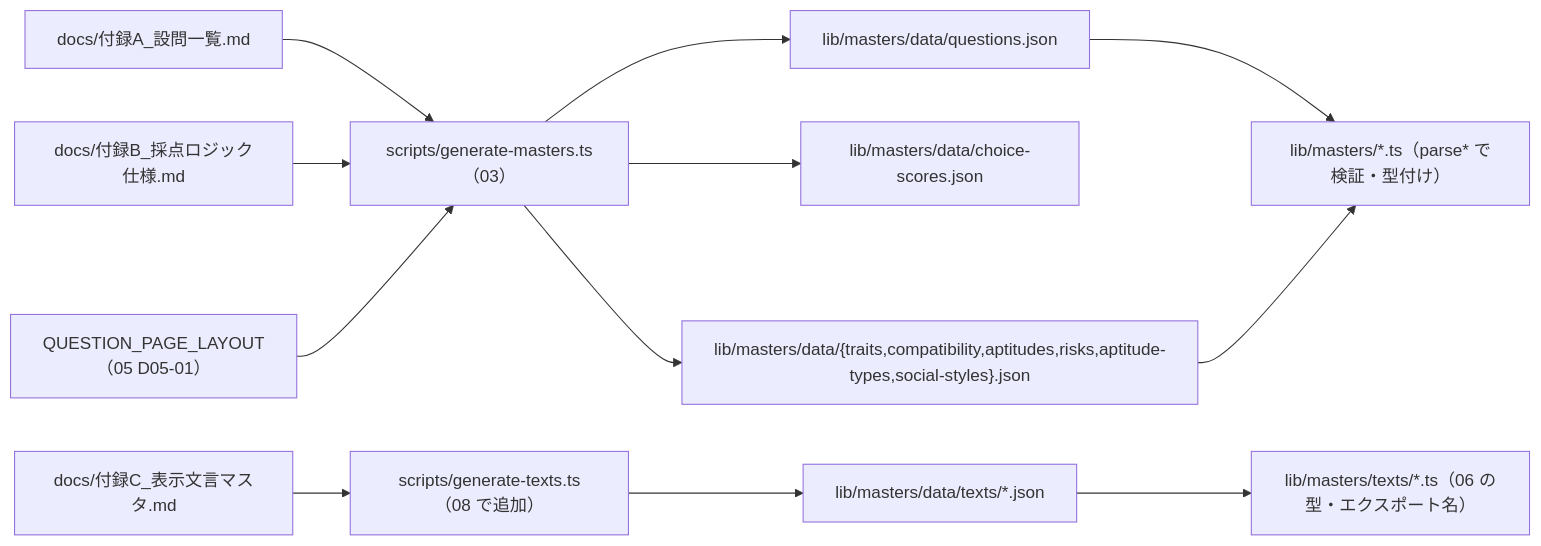
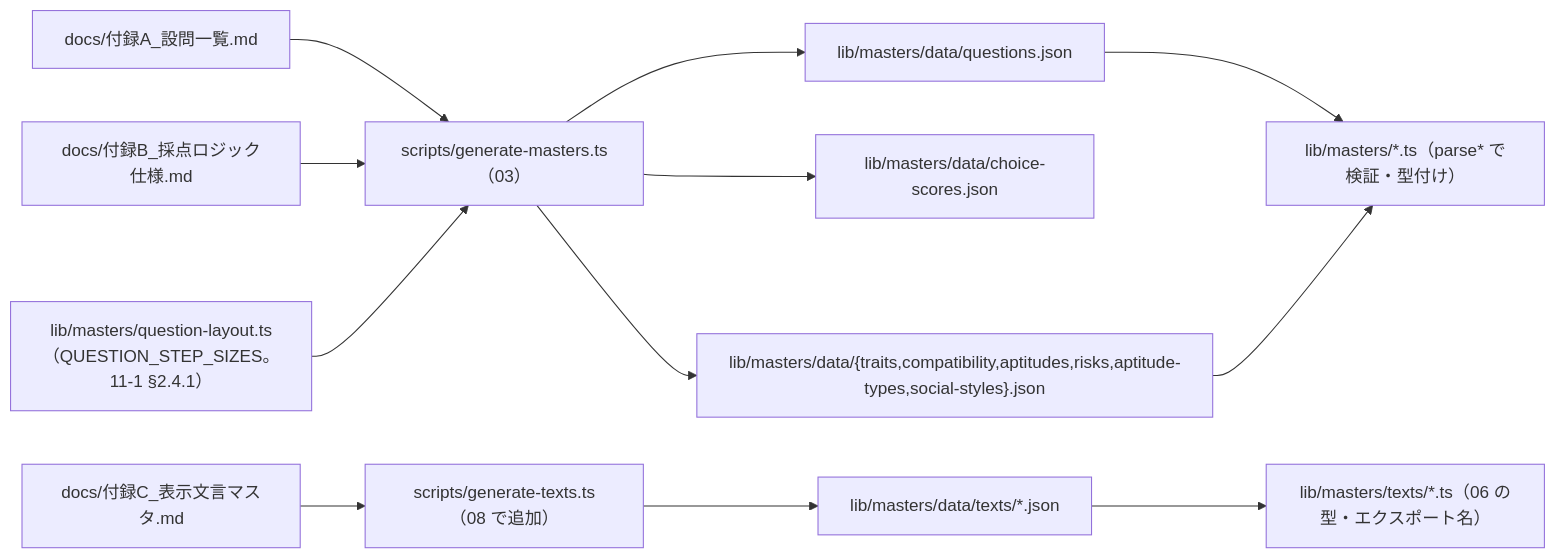
The fourth of 4 diagrams in docs/基本設計/08_実装計画とテスト計画.md (tanukichiyamaguchi/Tekisei-Kensa), drawn with Mermaid before and after one commit. The commit also changed other lines of this file and 125 other files, not shown here.

````diff
--- a/docs/基本設計/08_実装計画とテスト計画.md
+++ b/docs/基本設計/08_実装計画とテスト計画.md
@@ -1204,14 +1244,14 @@
 ```mermaid
 flowchart LR
     A["docs/付録A_設問一覧.md"] --> GM["scripts/generate-masters.ts（03）"]
     B["docs/付録B_採点ロジック仕様.md"] --> GM
-    L["QUESTION_PAGE_LAYOUT（05 D05-01）"] --> GM
+    L["lib/masters/question-layout.ts（QUESTION_STEP_SIZES。11-1 §2.4.1）"] --> GM
     GM --> J1["lib/masters/data/questions.json"]
     GM --> J2["lib/masters/data/choice-scores.json"]
     GM --> J3["lib/masters/data/{traits,compatibility,aptitudes,risks,aptitude-types,social-styles}.json"]
     C["docs/付録C_表示文言マスタ.md"] --> GT["scripts/generate-texts.ts（08 で追加）"]
     GT --> J4["lib/masters/data/texts/*.json"]
     J1 --> TS["lib/masters/*.ts（parse* で検証・型付け）"]
     J3 --> TS
     J4 --> TX["lib/masters/texts/*.ts（06 の型・エクスポート名）"]
 ```
````
